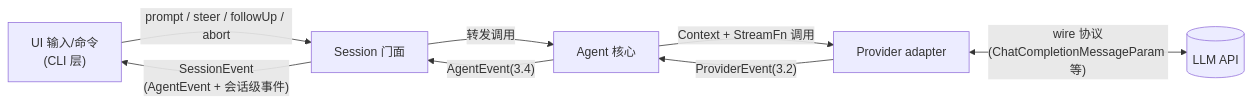
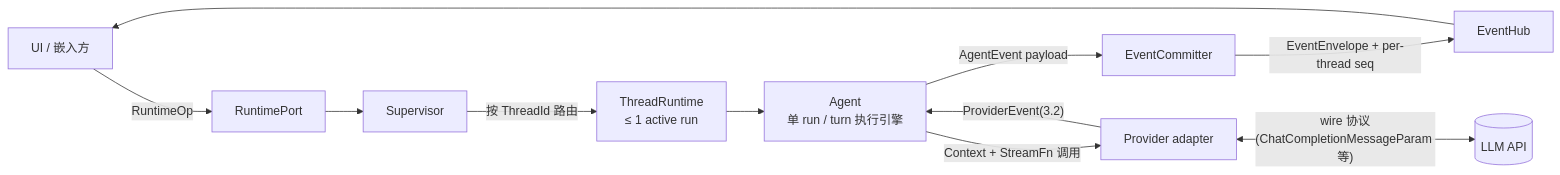
The diagram in docs/03-internal-protocol.md (rita152/coda), drawn with Mermaid before and after one commit. The commit also changed other lines of this file and 14 other files, not shown here.

First line of the commit message:
Freeze supervisor runtime design baseline

````diff
--- a/docs/03-internal-protocol.md
+++ b/docs/03-internal-protocol.md
@@ -9,10 +15,13 @@
 ```mermaid
 graph LR
-  CLI["UI 输入/命令<br/>(CLI 层)"] -->|"prompt / steer / followUp / abort"| Session["Session 门面"]
-  Session -->|"转发调用"| Agent["Agent 核心"]
-  Agent -->|"AgentEvent(3.4)"| Session
-  Session -->|"SessionEvent<br/>(AgentEvent + 会话级事件)"| CLI
+  CLI["UI / 嵌入方"] -->|"RuntimeOp"| Port["RuntimePort"]
+  Port --> Supervisor["Supervisor"]
+  Supervisor -->|"按 ThreadId 路由"| Thread["ThreadRuntime<br/>≤ 1 active run"]
+  Thread --> Agent["Agent<br/>单 run / turn 执行引擎"]
+  Agent -->|"AgentEvent payload"| Committer["EventCommitter"]
+  Committer -->|"EventEnvelope + per-thread seq"| Hub["EventHub"]
+  Hub --> CLI
   Agent -->|"Context + StreamFn 调用"| Adapter["Provider adapter"]
   Adapter -->|"ProviderEvent(3.2)"| Agent
   Adapter <-->|"wire 协议<br/>(ChatCompletionMessageParam 等)"| API[("LLM API")]
 ```
````
